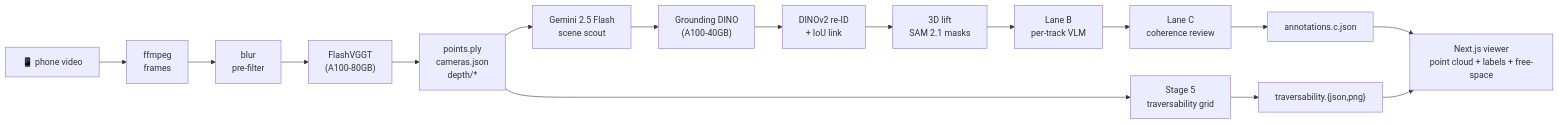
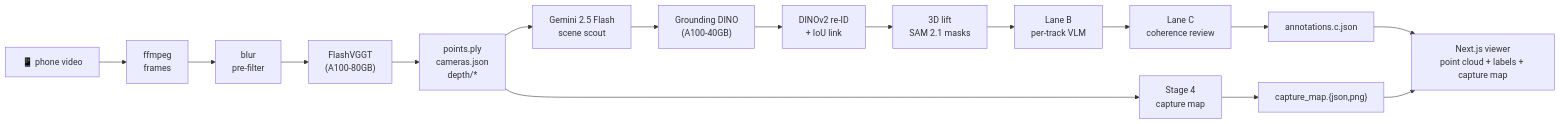
One commit to Harrishayy/spatiality_v2 changed the diagram in README.md. Above: the diagram before and after it, drawn with Mermaid. The commit also changed other lines of this file and 34 other files, not shown here.

````diff
--- a/README.md
+++ b/README.md
@@ -76,18 +76,18 @@
 ```mermaid
 flowchart LR
     capture["📱 phone video"] --> extract["ffmpeg<br/>frames"]
     extract --> blur["blur<br/>pre-filter"]
     blur --> flashvggt["FlashVGGT<br/>(A100-80GB)"]
     flashvggt --> ply["points.ply<br/>cameras.json<br/>depth/*"]
     ply --> scout["Gemini 2.5 Flash<br/>scene scout"]
     scout --> gdino["Grounding DINO<br/>(A100-40GB)"]
     gdino --> link["DINOv2 re-ID<br/>+ IoU link"]
     link --> lift["3D lift<br/>SAM 2.1 masks"]
     lift --> laneB["Lane B<br/>per-track VLM"]
     laneB --> laneC["Lane C<br/>coherence review"]
     laneC --> annotations["annotations.c.json"]
-    ply --> freespace["Stage 5<br/>traversability grid"]
-    freespace --> nav["traversability.{json,png}"]
-    annotations --> viewer["Next.js viewer<br/>point cloud + labels + free-space"]
+    ply --> capmap["Stage 4<br/>capture map"]
+    capmap --> nav["capture_map.{json,png}"]
+    annotations --> viewer["Next.js viewer<br/>point cloud + labels + capture map"]
     nav --> viewer
 ```
````
